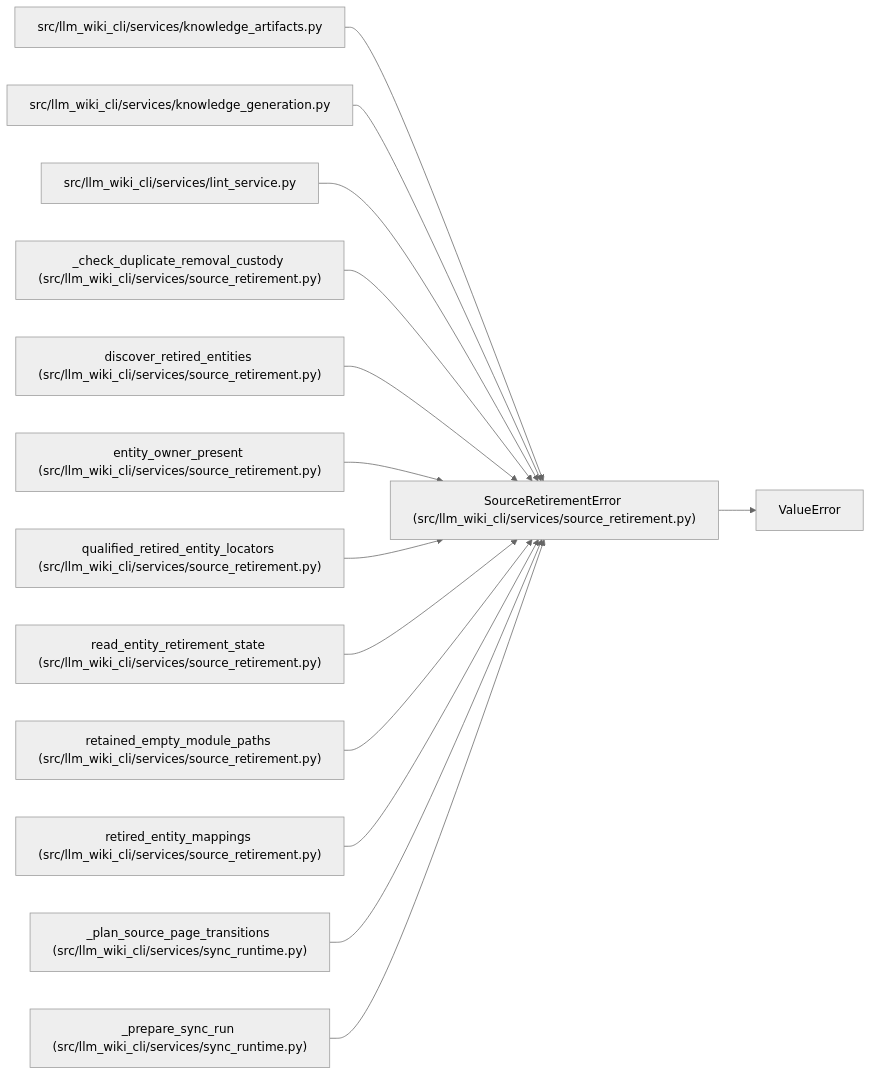
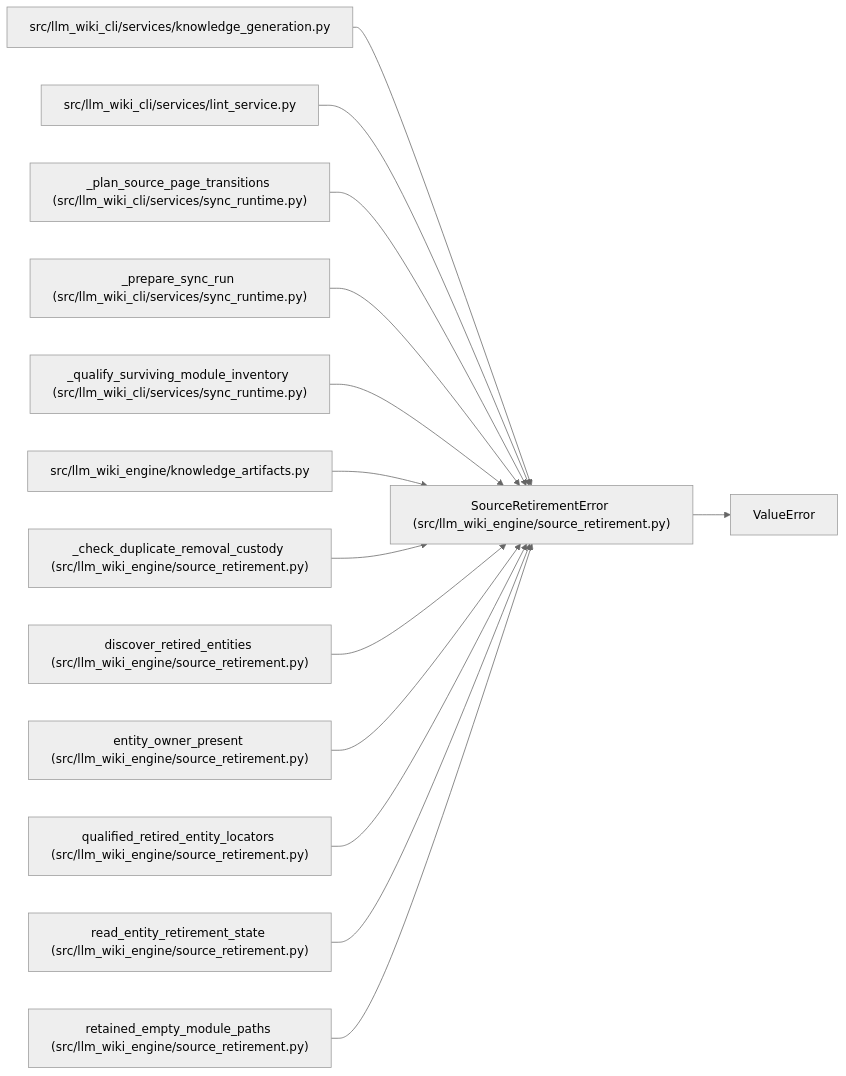
The diagram in docs/llm_wiki/entities/SourceRetirementError.md (Denissvgn/python-wiki-llm), drawn with Mermaid (neutral theme) before and after one commit. The commit also changed other lines of this file and 1058 other files, not shown here.

First line of the commit message:
docs: refresh the wiki for the knowledge store move

````diff
--- a/docs/llm_wiki/entities/SourceRetirementError.md
+++ b/docs/llm_wiki/entities/SourceRetirementError.md
@@ -23,43 +23,43 @@
 ```mermaid
 flowchart LR
-    n0["SourceRetirementError (src/llm_wiki_cli/services/source_retirement.py)"]
+    n0["SourceRetirementError (src/llm_wiki_engine/source_retirement.py)"]
     n1["ValueError"]
-    n2["src/llm_wiki_cli/services/knowledge_artifacts.py"]
-    n3["src/llm_wiki_cli/services/knowledge_generation.py"]
-    n4["src/llm_wiki_cli/services/lint_service.py"]
-    n5["_check_duplicate_removal_custody (src/llm_wiki_cli/services/source_retirement.py)"]
-    n6["discover_retired_entities (src/llm_wiki_cli/services/source_retirement.py)"]
-    n7["entity_owner_present (src/llm_wiki_cli/services/source_retirement.py)"]
-    n8["qualified_retired_entity_locators (src/llm_wiki_cli/services/source_retirement.py)"]
-    n9["read_entity_retirement_state (src/llm_wiki_cli/services/source_retirement.py)"]
-    n10["retained_empty_module_paths (src/llm_wiki_cli/services/source_retirement.py)"]
-    n11["retired_entity_mappings (src/llm_wiki_cli/services/source_retirement.py)"]
-    n12["_plan_source_page_transitions (src/llm_wiki_cli/services/sync_runtime.py)"]
-    n13["_prepare_sync_run (src/llm_wiki_cli/services/sync_runtime.py)"]
+    n2["src/llm_wiki_cli/services/knowledge_generation.py"]
+    n3["src/llm_wiki_cli/services/lint_service.py"]
+    n4["_plan_source_page_transitions (src/llm_wiki_cli/services/sync_runtime.py)"]
+    n5["_prepare_sync_run (src/llm_wiki_cli/services/sync_runtime.py)"]
+    n6["_qualify_surviving_module_inventory (src/llm_wiki_cli/services/sync_runtime.py)"]
+    n7["src/llm_wiki_engine/knowledge_artifacts.py"]
+    n8["_check_duplicate_removal_custody (src/llm_wiki_engine/source_retirement.py)"]
+    n9["discover_retired_entities (src/llm_wiki_engine/source_retirement.py)"]
+    n10["entity_owner_present (src/llm_wiki_engine/source_retirement.py)"]
+    n11["qualified_retired_entity_locators (src/llm_wiki_engine/source_retirement.py)"]
+    n12["read_entity_retirement_state (src/llm_wiki_engine/source_retirement.py)"]
+    n13["retained_empty_module_paths (src/llm_wiki_engine/source_retirement.py)"]
     n0 --> n1
     n2 --> n0
     n3 --> n0
     n4 --> n0
     n5 --> n0
     n6 --> n0
     n7 --> n0
     n8 --> n0
     n9 --> n0
     n10 --> n0
     n11 --> n0
     n12 --> n0
     n13 --> n0
     click n0 "../modules/source_retirement.md"
-    click n2 "../modules/knowledge_artifacts.md"
-    click n3 "../modules/knowledge_generation.md"
-    click n4 "../modules/lint_service.md"
-    click n5 "../modules/source_retirement.md"
-    click n6 "../modules/source_retirement.md"
-    click n7 "../modules/source_retirement.md"
+    click n2 "../modules/knowledge_generation.md"
+    click n3 "../modules/lint_service.md"
+    click n4 "../modules/sync_runtime.md"
+    click n5 "../modules/sync_runtime.md"
+    click n6 "../modules/sync_runtime.md"
+    click n7 "../modules/knowledge_artifacts.md"
     click n8 "../modules/source_retirement.md"
     click n9 "../modules/source_retirement.md"
     click n10 "../modules/source_retirement.md"
     click n11 "../modules/source_retirement.md"
-    click n12 "../modules/sync_runtime.md"
-    click n13 "../modules/sync_runtime.md"
+    click n12 "../modules/source_retirement.md"
+    click n13 "../modules/source_retirement.md"
 ```
````
